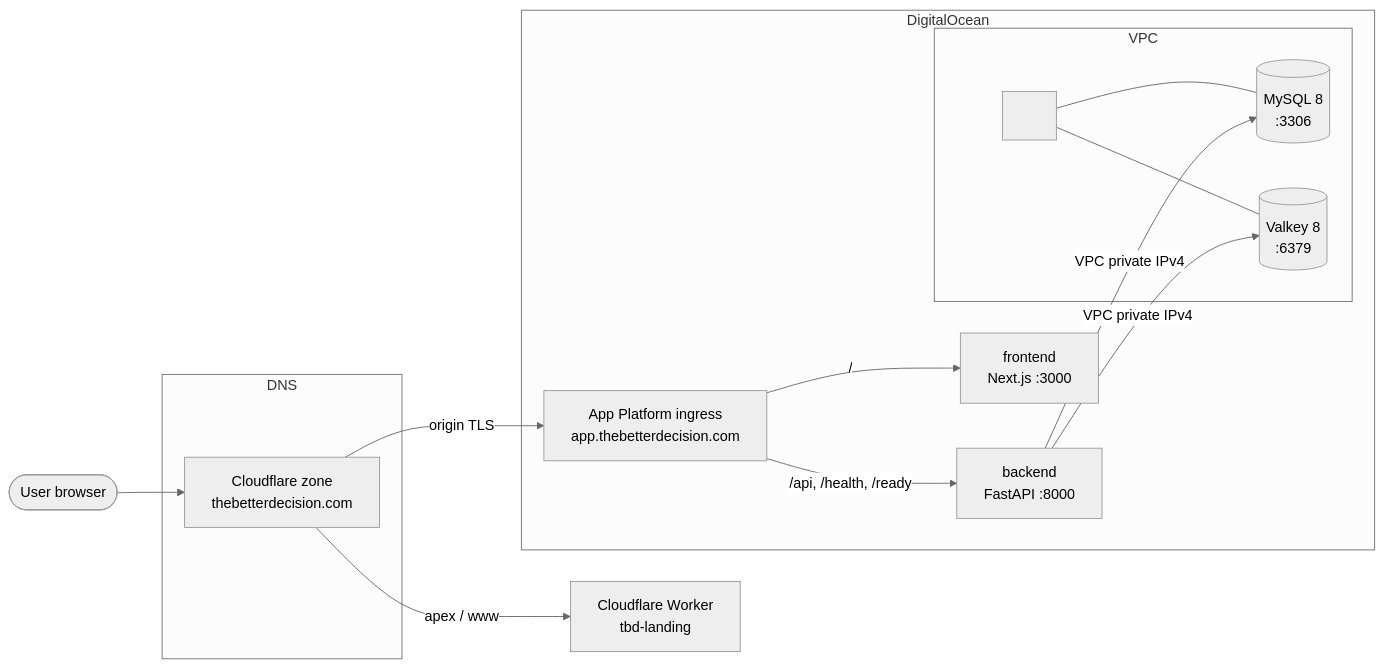
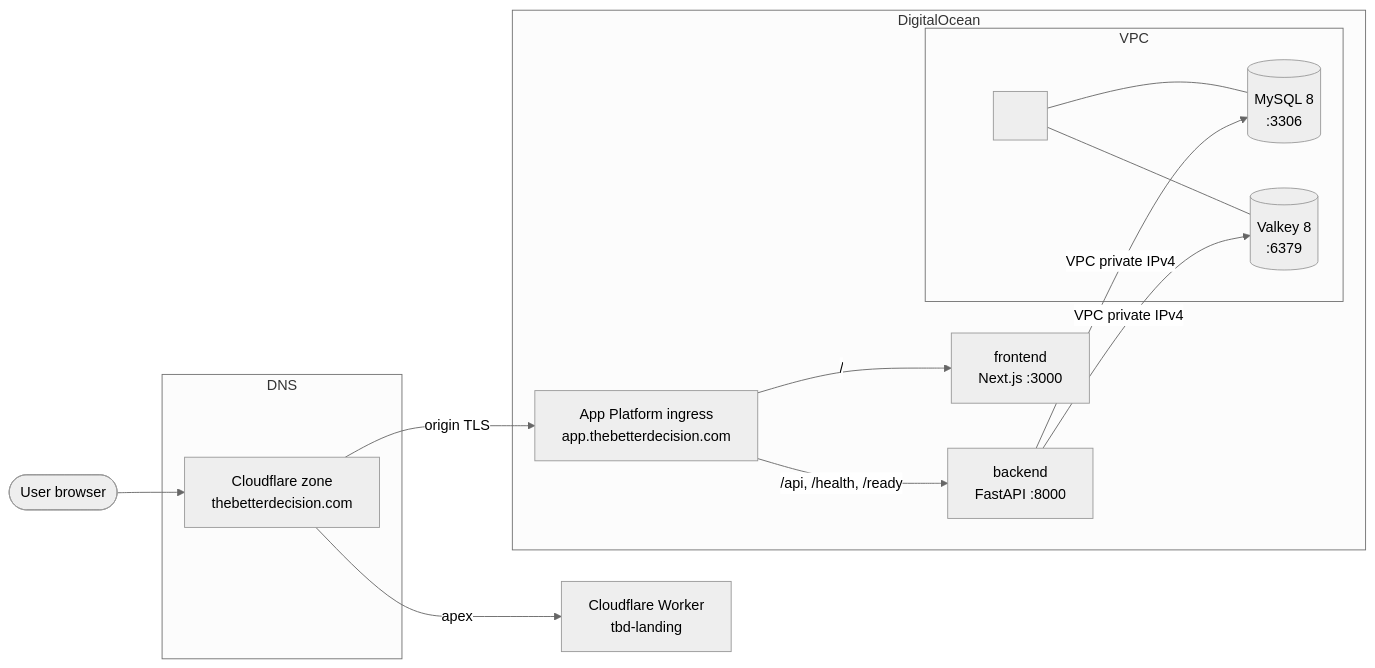
One commit to fjcloudaiconsulting/tbd changed the diagram in infra/README.md. Above: the diagram before and after it, drawn with Mermaid (neutral theme). The commit also changed other lines of this file and 7 other files, not shown here.

````diff
--- a/infra/README.md
+++ b/infra/README.md
@@ -32,31 +32,31 @@
 ```mermaid
 flowchart LR
     user([User browser])
 
     subgraph dns[DNS]
         cf_dns[Cloudflare zone<br/>thebetterdecision.com]
     end
 
     worker[Cloudflare Worker<br/>tbd-landing]
 
     subgraph do[DigitalOcean]
         ing[App Platform ingress<br/>app.thebetterdecision.com]
         fe[frontend<br/>Next.js :3000]
         be[backend<br/>FastAPI :8000]
         subgraph vpc[VPC <vpc-cidr> <region>]
             droplet[<data-droplet><br/><droplet-size>]
             mysql[(MySQL 8<br/>:3306)]
             valkey[(Valkey 8<br/>:6379)]
             droplet --- mysql
             droplet --- valkey
         end
     end
 
     user --> cf_dns
-    cf_dns -->|apex / www| worker
+    cf_dns -->|apex| worker
     cf_dns -->|origin TLS| ing
     ing -->|/api, /health, /ready| be
     ing -->|/| fe
     be -->|VPC private IPv4| mysql
     be -->|VPC private IPv4| valkey
 ```
````
